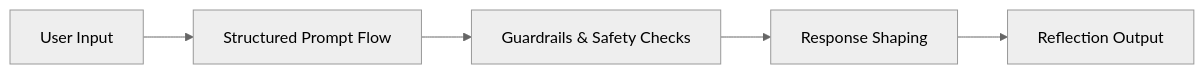
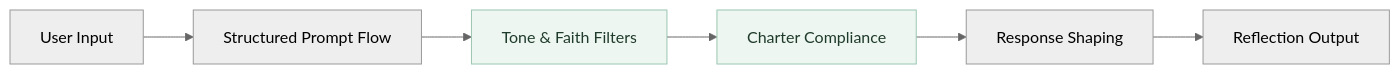
The second of 3 diagrams in README.md (byteworthy/Qamar), drawn with Mermaid (neutral theme) before and after one commit. The commit also changed other lines of this file, not shown here.

Commit message:
docs: add logo and enhanced diagrams to README

````diff
--- a/README.md
+++ b/README.md
@@ -54,7 +74,11 @@
 ```mermaid
 flowchart LR
-  U[User Input] --> S[Structured Prompt Flow]
-  S --> G[Guardrails & Safety Checks]
-  G --> R[Response Shaping]
+  U[User Input] --> P[Structured Prompt Flow]
+  P --> T[Tone & Faith Filters]
+  T --> C[Charter Compliance]
+  C --> R[Response Shaping]
   R --> O[Reflection Output]
+
+  classDef guard fill:#eef6f1,stroke:#9ac6b1,color:#1f3b2c;
+  class T,C guard;
 ```
````
